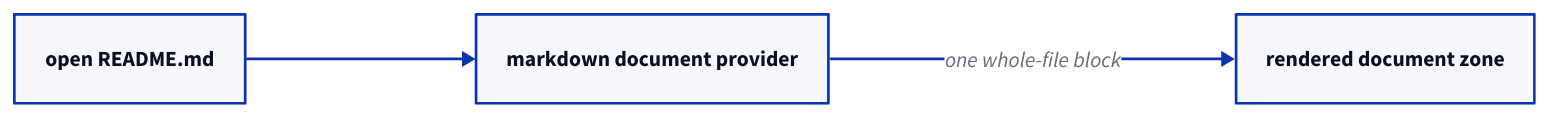
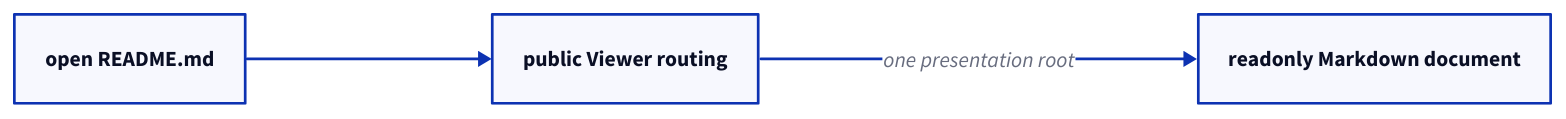
The first of 2 diagrams in tests/fixtures/workspace/README.md (moonbitlang/editor), drawn with D2 before and after one commit. The commit also changed other lines of this file and 15 other files, not shown here.

Commit message:
test(viewer): prove markdown document integration

````diff
--- a/tests/fixtures/workspace/README.md
+++ b/tests/fixtures/workspace/README.md
@@ -10,10 +11,10 @@
 ```d2
 direction: right
 
 open: open README.md
-provider: markdown document provider
-zone: rendered document zone
+viewer: public Viewer routing
+surface: readonly Markdown document
 
-open -> provider
-provider -> zone: one whole-file block
+open -> viewer
+viewer -> surface: one presentation root
 ```
````
